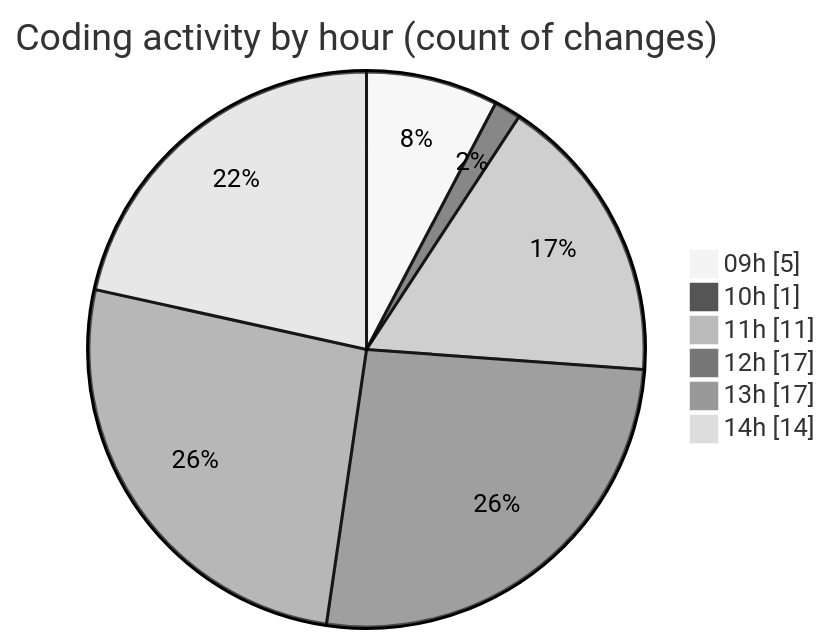
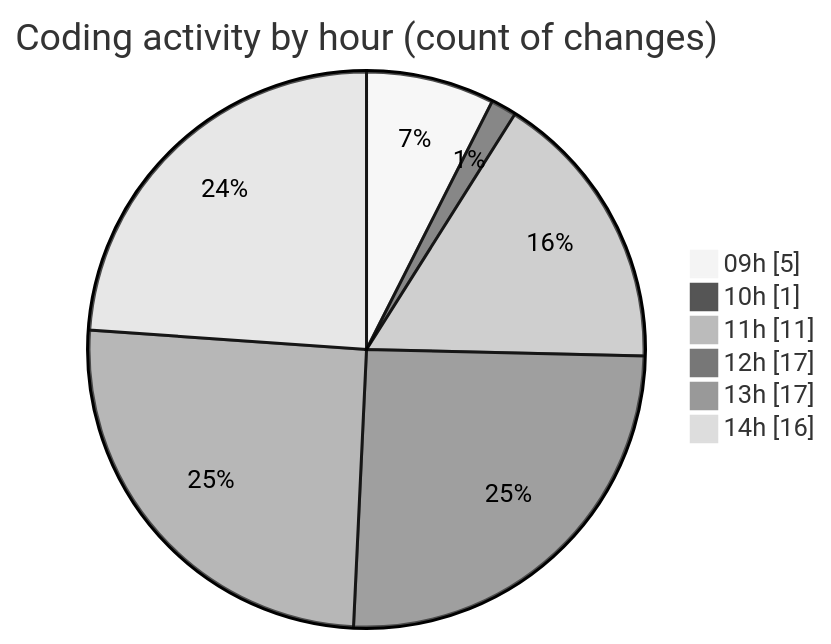
The second of 2 diagrams in 2025-09-04/cda/README.md (momahboobian/code-tracking), drawn with Mermaid (neutral theme) before and after one commit. The commit also changed other lines of this file and 1 other file, not shown here.

````diff
--- a/2025-09-04/cda/README.md
+++ b/2025-09-04/cda/README.md
@@ -36,10 +37,10 @@
 ```mermaid
 pie showData
 title Coding activity by hour (count of changes)
 "09h" : 5
 "10h" : 1
 "11h" : 11
 "12h" : 17
 "13h" : 17
-"14h" : 14
+"14h" : 16
 ```
````
